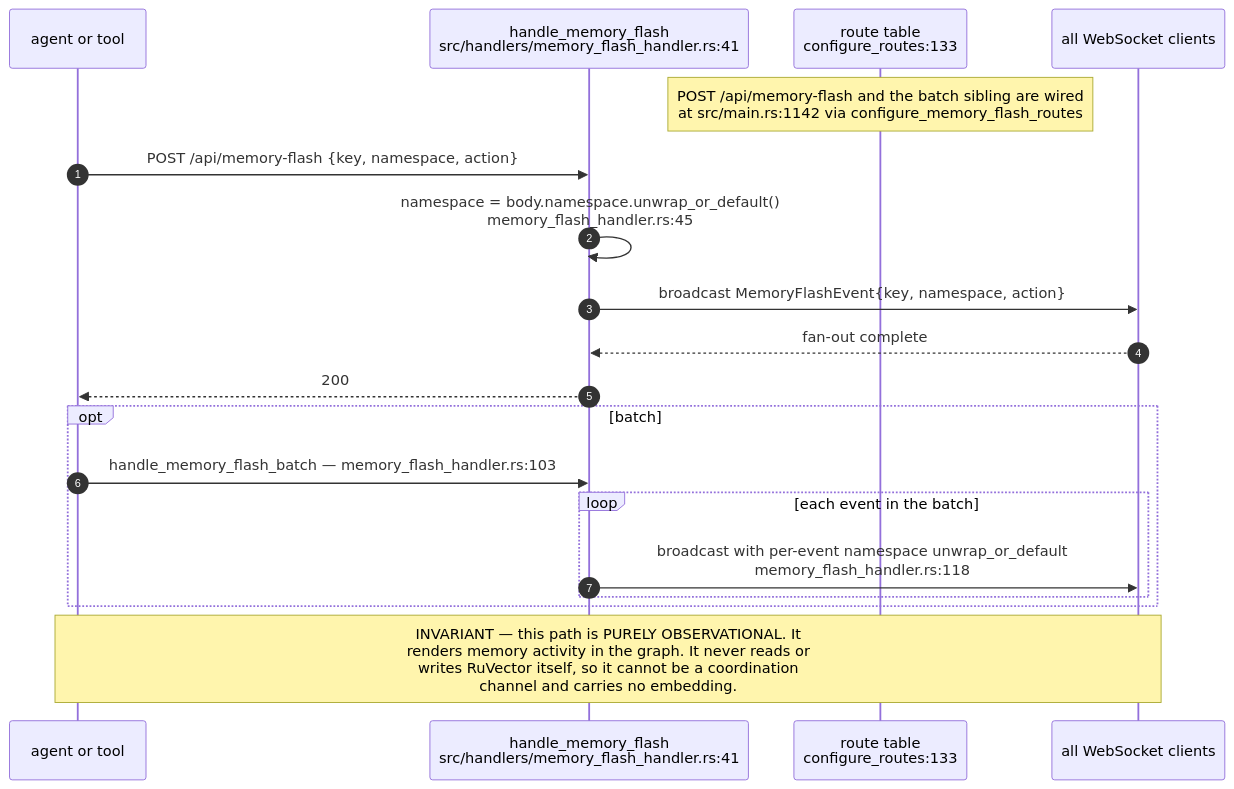
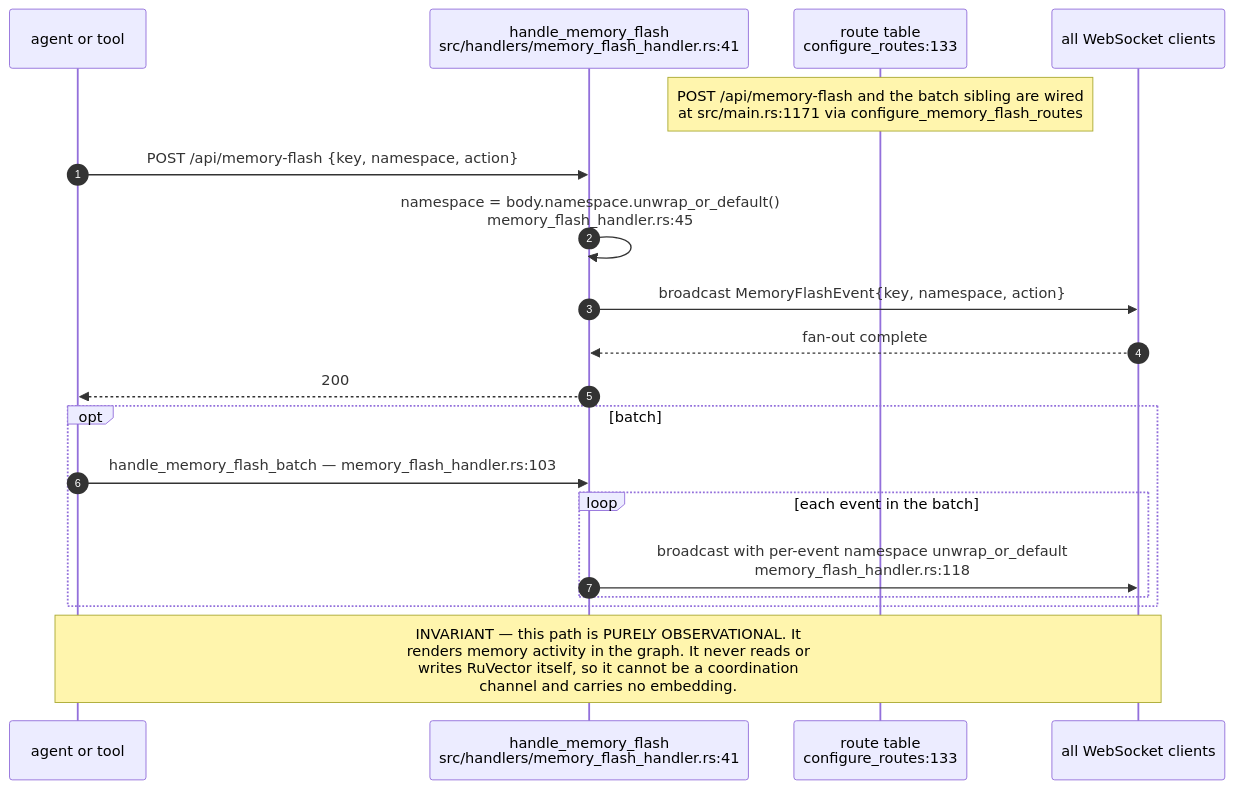
Before and after one commit to DreamLab-AI/VisionFlow: the sixth of 9 diagrams in docs/diagrams/estate/07-memory-and-embedding-estate.md, drawn with Mermaid. The commit also changed other lines of this file and 51 other files, not shown here.

First line of the commit message:
docs(diagrams): agentbox AB-01..13 re-attested anchor by anchor (980 anchors, 22 defects); checkpoint against an out-of-mesh writer

````diff
--- a/docs/diagrams/estate/07-memory-and-embedding-estate.md
+++ b/docs/diagrams/estate/07-memory-and-embedding-estate.md
@@ -184,22 +184,22 @@
 ```mermaid
 sequenceDiagram
     autonumber
     participant AG as agent or tool
     participant H as handle_memory_flash<br/>src/handlers/memory_flash_handler.rs:41
     participant R as route table<br/>configure_routes:133
     participant WS as all WebSocket clients
 
-    Note over R: POST /api/memory-flash and the batch sibling are wired<br/>at src/main.rs:1142 via configure_memory_flash_routes
+    Note over R: POST /api/memory-flash and the batch sibling are wired<br/>at src/main.rs:1171 via configure_memory_flash_routes
     AG->>H: POST /api/memory-flash {key, namespace, action}
     H->>H: namespace = body.namespace.unwrap_or_default()<br/>memory_flash_handler.rs:45
     H->>WS: broadcast MemoryFlashEvent{key, namespace, action}
     WS-->>H: fan-out complete
     H-->>AG: 200
     opt batch
         AG->>H: handle_memory_flash_batch — memory_flash_handler.rs:103
         loop each event in the batch
             H->>WS: broadcast with per-event namespace unwrap_or_default<br/>memory_flash_handler.rs:118
         end
     end
     Note over AG,WS: INVARIANT — this path is PURELY OBSERVATIONAL. It<br/>renders memory activity in the graph. It never reads or<br/>writes RuVector itself, so it cannot be a coordination<br/>channel and carries no embedding.
 ```
````
